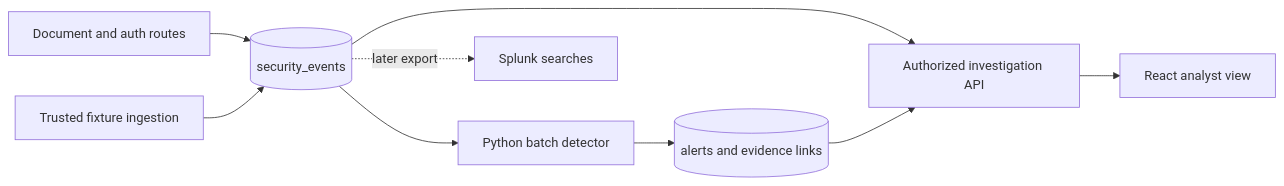
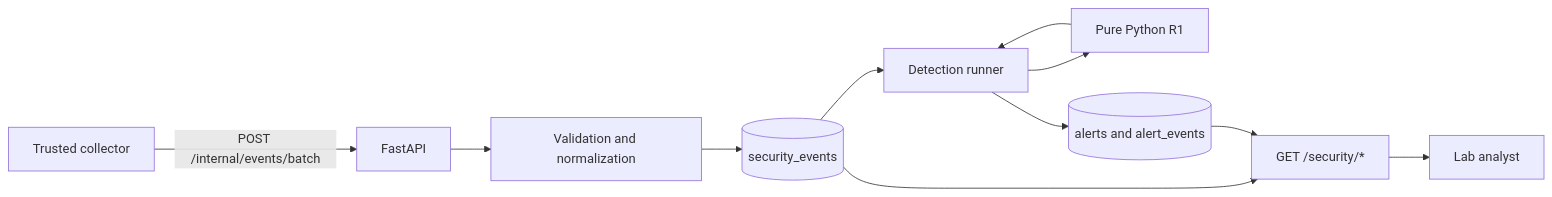
One commit to kerry-linn/project_detection changed the diagram in README.md. Above: the diagram before and after it, drawn with Mermaid. The commit also changed other lines of this file and 40 other files, not shown here.

````diff
--- a/README.md
+++ b/README.md
@@ -25,11 +32,13 @@
 ```mermaid
 flowchart LR
-    AppRoutes["Document and auth routes"] --> Events[(security_events)]
-    Fixtures["Trusted fixture ingestion"] --> Events
-    Events --> Detector["Python batch detector"]
-    Detector --> Alerts[(alerts and evidence links)]
-    Events --> InvestigationAPI["Authorized investigation API"]
-    Alerts --> InvestigationAPI
-    InvestigationAPI --> ReactUI["React analyst view"]
-    Events -. "later export" .-> Splunk["Splunk searches"]
+    Collector["Trusted collector"] -->|"POST /internal/events/batch"| API["FastAPI"]
+    API --> Validation["Validation and normalization"]
+    Validation --> Events[(security_events)]
+    Events --> Runner["Detection runner"]
+    Runner --> Detector["Pure Python R1"]
+    Detector --> Runner
+    Runner --> Alerts[(alerts and alert_events)]
+    Events --> Reads["GET /security/*"]
+    Alerts --> Reads
+    Reads --> Analyst["Lab analyst"]
 ```
````
